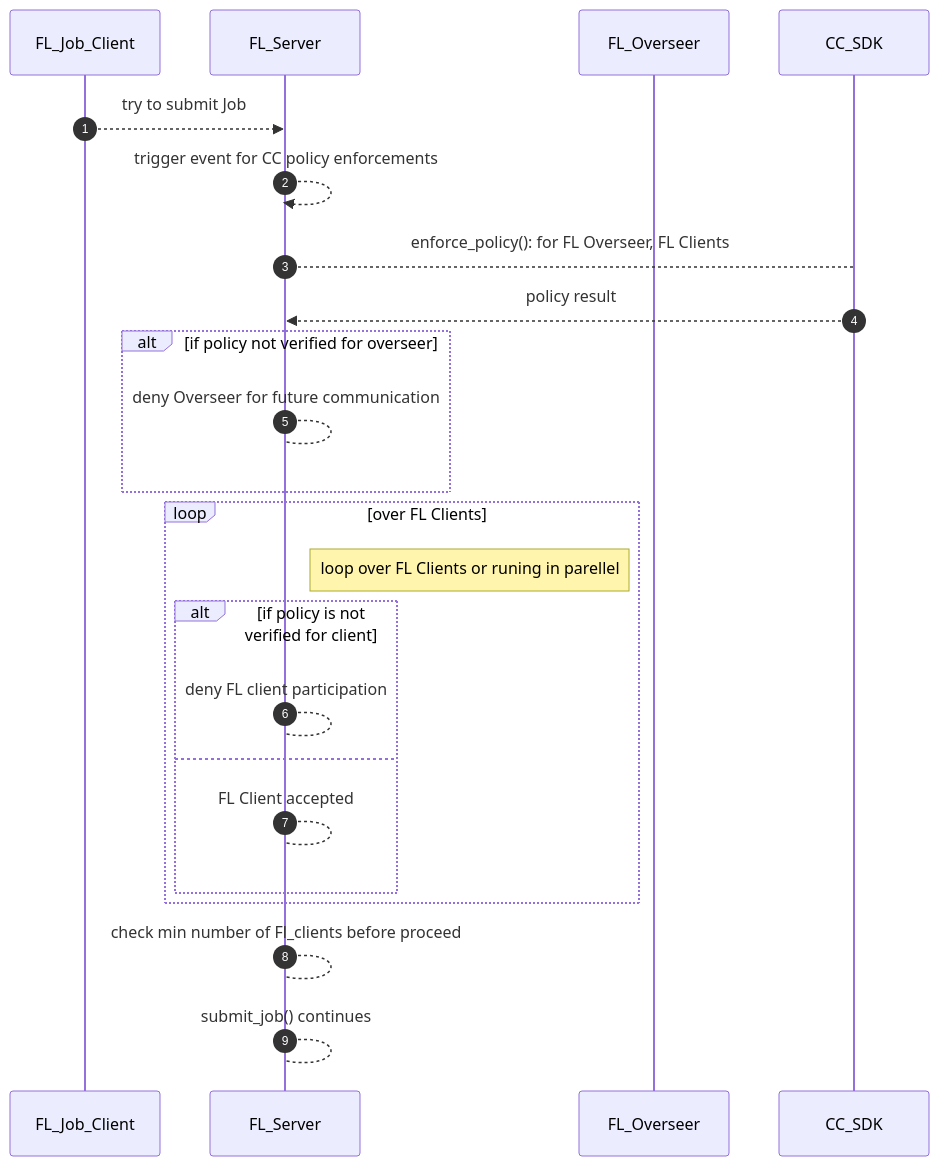
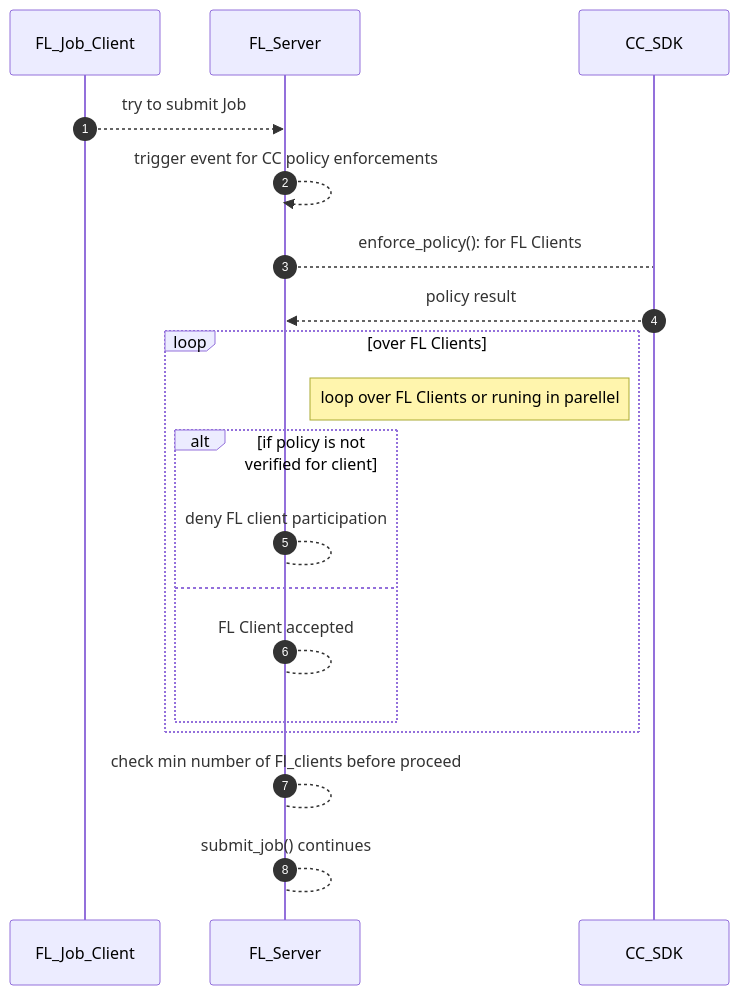
Before and after one commit to hitesh-ag1/NVFlare: diagram 11 of 13 in docs/confidential_computing/detailed_cc_sequence_diagram.md, drawn with Mermaid. The commit also changed other lines of this file, not shown here.

Commit message:
Sequence diagram for CC

````diff
--- a/docs/confidential_computing/detailed_cc_sequence_diagram.md
+++ b/docs/confidential_computing/detailed_cc_sequence_diagram.md
@@ -259,29 +251,24 @@
 ```mermaid
 sequenceDiagram
    autonumber
     
     participant FL_Job_Client
     participant FL_Server
-    participant FL_Overseer
     participant CC_SDK
     FL_Job_Client -->>  FL_Server: try to submit Job 
     FL_Server -->>  FL_Server: trigger event for CC policy enforcements
-    FL_Server --> CC_SDK : enforce_policy(): for FL Overseer, FL Clients 
-    CC_SDK -->> FL_Server : policy result
-    alt if policy not verified for overseer
-        FL_Server --> FL_Server : deny Overseer for future communication
-    end
-     
+    FL_Server --> CC_SDK : enforce_policy(): for FL Clients 
+    CC_SDK -->> FL_Server : policy result     
     loop over FL Clients
         note right of FL_Server: loop over FL Clients or runing in parellel
         alt if policy is not verified for client
             FL_Server --> FL_Server : deny FL client participation
         else
             FL_Server --> FL_Server : FL Client accepted
         end
     end
     
      FL_Server --> FL_Server : check min number of Fl_clients before proceed
      FL_Server --> FL_Server : submit_job() continues
     
 ```
````
